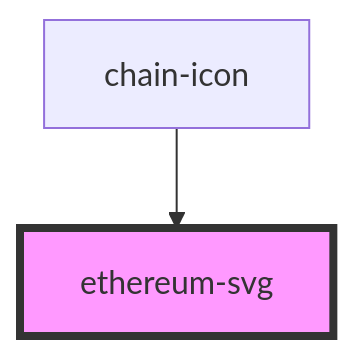
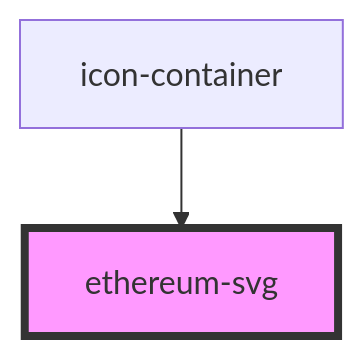
One commit to PactsTech/pacts-components changed the diagram in packages/stencil-components/src/components/ethereum-svg/readme.md. Above: the diagram before and after it, drawn with Mermaid. The commit also changed other lines of this file and 26 other files, not shown here.

Commit message:
feat: add icon container and row components

````diff
--- a/packages/stencil-components/src/components/ethereum-svg/readme.md
+++ b/packages/stencil-components/src/components/ethereum-svg/readme.md
@@ -15,5 +15,5 @@
 ```mermaid
 graph TD;
-  chain-icon --> ethereum-svg
+  icon-container --> ethereum-svg
   style ethereum-svg fill:#f9f,stroke:#333,stroke-width:4px
 ```
````
